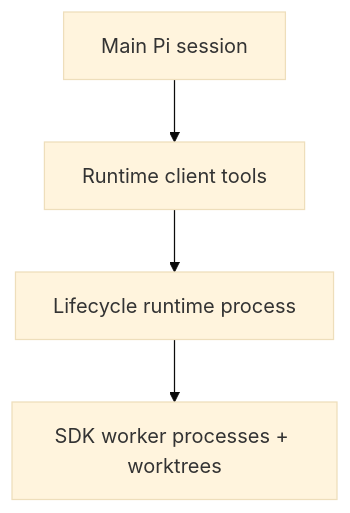
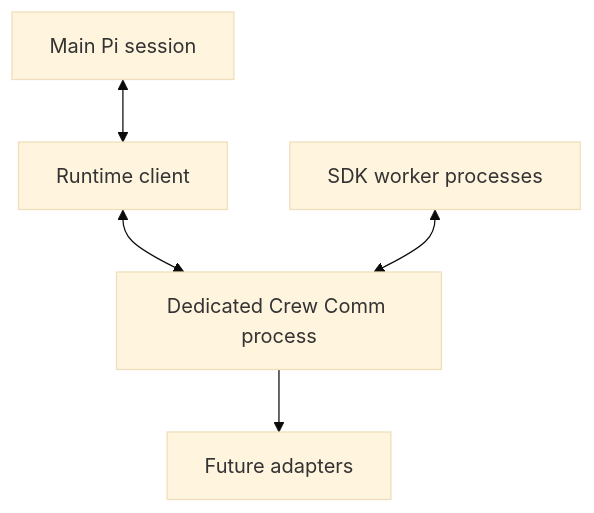
Before and after one commit to MockaSort-Studio/hall-of-automata-cli: the second of 2 diagrams in docs/crew/hall-controller-runtime-probe.md, drawn with Mermaid (base theme). The commit also changed other lines of this file and 7 other files, not shown here.

````diff
--- a/docs/crew/hall-controller-runtime-probe.md
+++ b/docs/crew/hall-controller-runtime-probe.md
@@ -38,9 +38,12 @@
 ```mermaid
 flowchart TB
   Main[Main Pi session]
-  Client[Runtime client tools]
-  Lifecycle[Lifecycle runtime process]
-  Workers[SDK worker processes + worktrees]
+  Client[Runtime client]
+  Comm[Dedicated Crew Comm process]
+  Workers[SDK worker processes]
+  Adapters[Future adapters]
 
-  Main --> Client --> Lifecycle --> Workers
+  Main <--> Client <--> Comm
+  Workers <--> Comm
+  Comm --> Adapters
 ```
````
